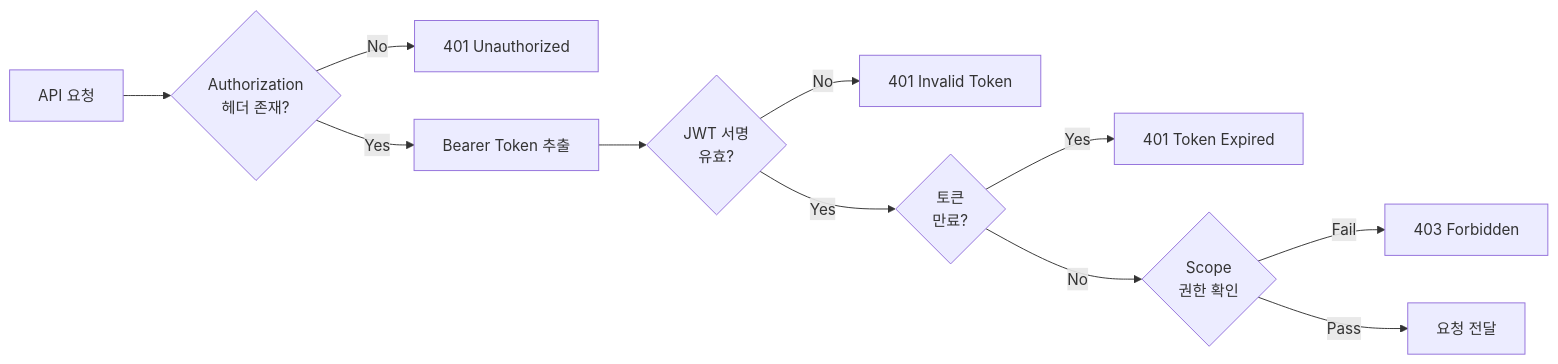
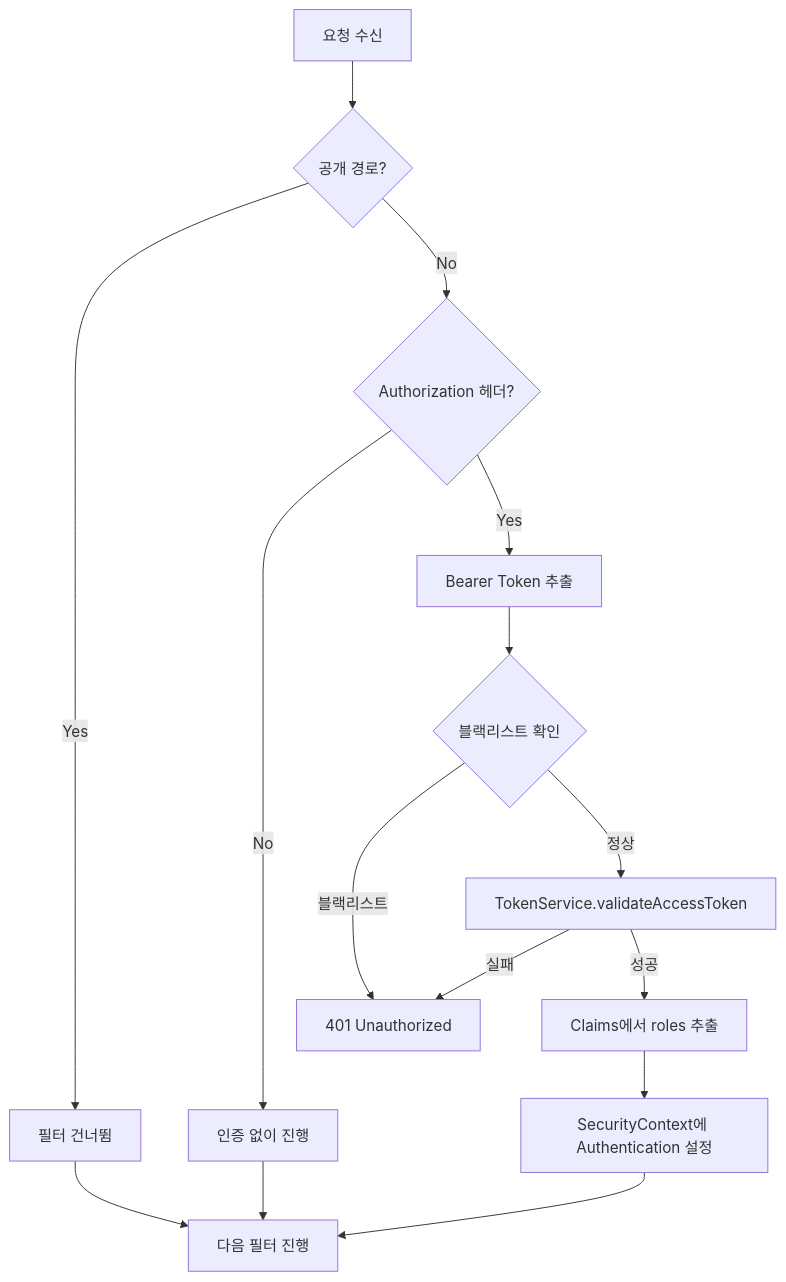
The sixth of 7 diagrams in docs/architecture/auth-service/data-flow.md (L-a-z-e/portal-universe), drawn with Mermaid before and after one commit. The commit also changed other lines of this file and 3 other files, not shown here.

First line of the commit message:
docs(architecture): rewrite auth-service docs to match actual codebase

````diff
--- a/docs/architecture/auth-service/data-flow.md
+++ b/docs/architecture/auth-service/data-flow.md
@@ -281,13 +346,17 @@
 ```mermaid
-graph LR
-    A[API 요청] --> B{Authorization<br/>헤더 존재?}
-    B -->|No| C[401 Unauthorized]
-    B -->|Yes| D[Bearer Token 추출]
-    D --> E{JWT 서명<br/>유효?}
-    E -->|No| F[401 Invalid Token]
-    E -->|Yes| G{토큰<br/>만료?}
-    G -->|Yes| H[401 Token Expired]
-    G -->|No| I{Scope<br/>권한 확인}
-    I -->|Fail| J[403 Forbidden]
-    I -->|Pass| K[요청 전달]
+flowchart TD
+    A[요청 수신] --> B{공개 경로?}
+    B -->|Yes| C[필터 건너뜀]
+    B -->|No| D{Authorization 헤더?}
+    D -->|No| E[인증 없이 진행]
+    D -->|Yes| F[Bearer Token 추출]
+    F --> G{블랙리스트 확인}
+    G -->|블랙리스트| H[401 Unauthorized]
+    G -->|정상| I[TokenService.validateAccessToken]
+    I -->|실패| H
+    I -->|성공| J[Claims에서 roles 추출]
+    J --> K[SecurityContext에 Authentication 설정]
+    K --> L[다음 필터 진행]
+    C --> L
+    E --> L
 ```
````
